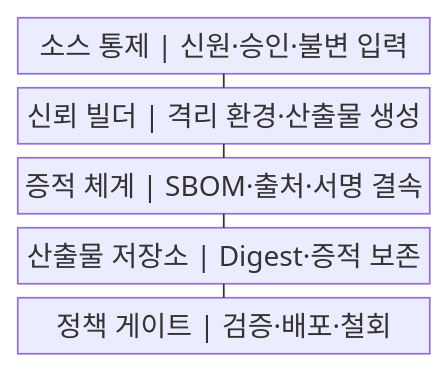
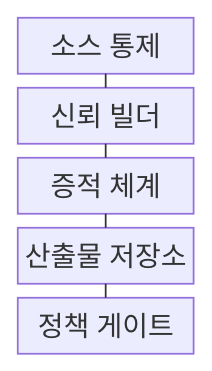
Before and after one commit to agnusdei1207/knowledge-base: the first of 2 diagrams in src/content/docs/notes/03-software/185_software_supply_chain_security.md, drawn with Mermaid. The commit also changed other lines of this file and 238 other files, not shown here.

````diff
--- a/src/content/docs/notes/03-software/185_software_supply_chain_security.md
+++ b/src/content/docs/notes/03-software/185_software_supply_chain_security.md
@@ -56,13 +56,13 @@
 ```mermaid
-block
+block-beta
     columns 1
-    A["소스 통제 | 신원·승인·불변 입력"]
-    B["신뢰 빌더 | 격리 환경·산출물 생성"]
-    C["증적 체계 | SBOM·출처·서명 결속"]
-    D["산출물 저장소 | Digest·증적 보존"]
-    E["정책 게이트 | 검증·배포·철회"]
+    A["소스 통제"]
+    B["신뢰 빌더"]
+    C["증적 체계"]
+    D["산출물 저장소"]
+    E["정책 게이트"]
     A --- B
     B --- C
     C --- D
     D --- E
 ```
````
